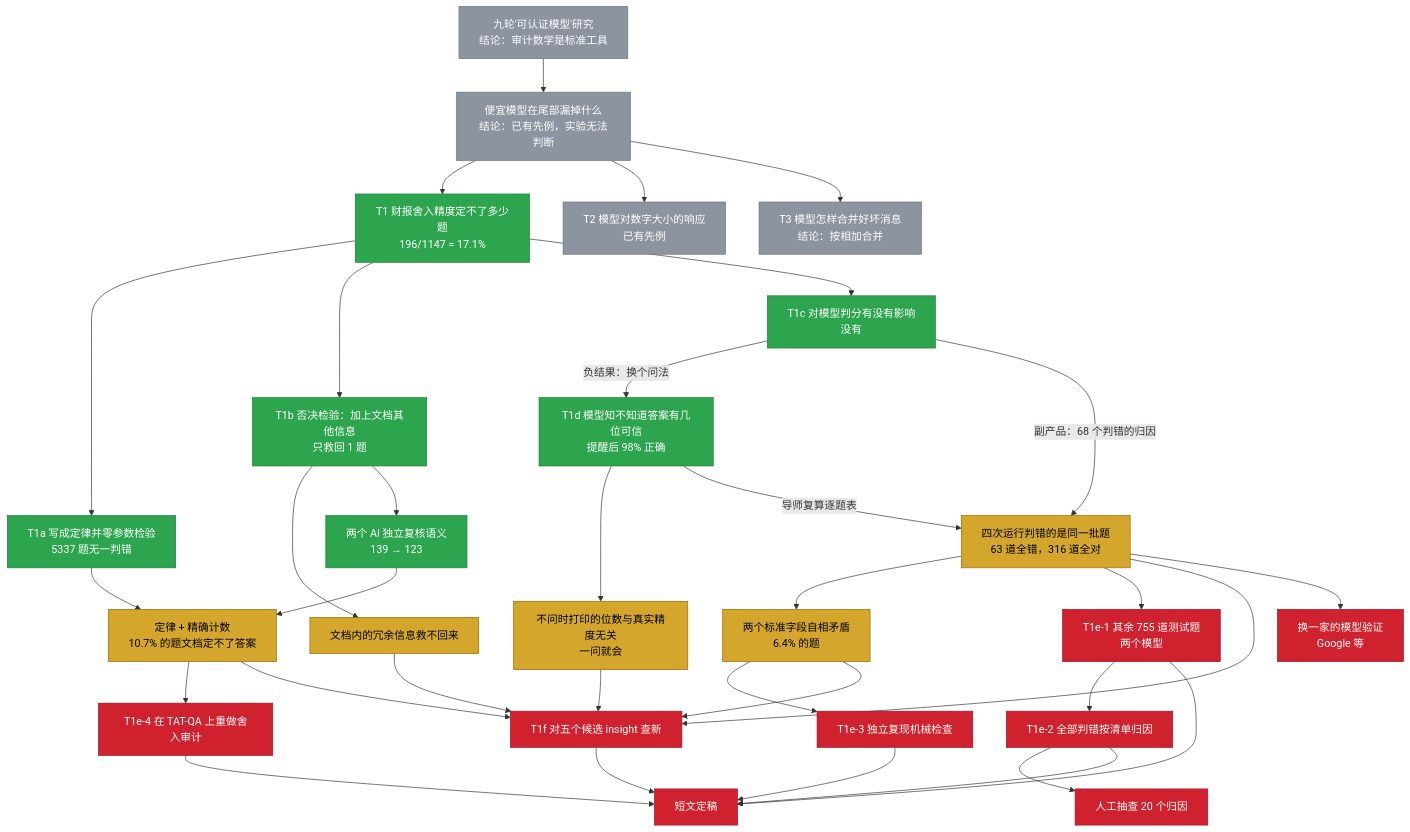
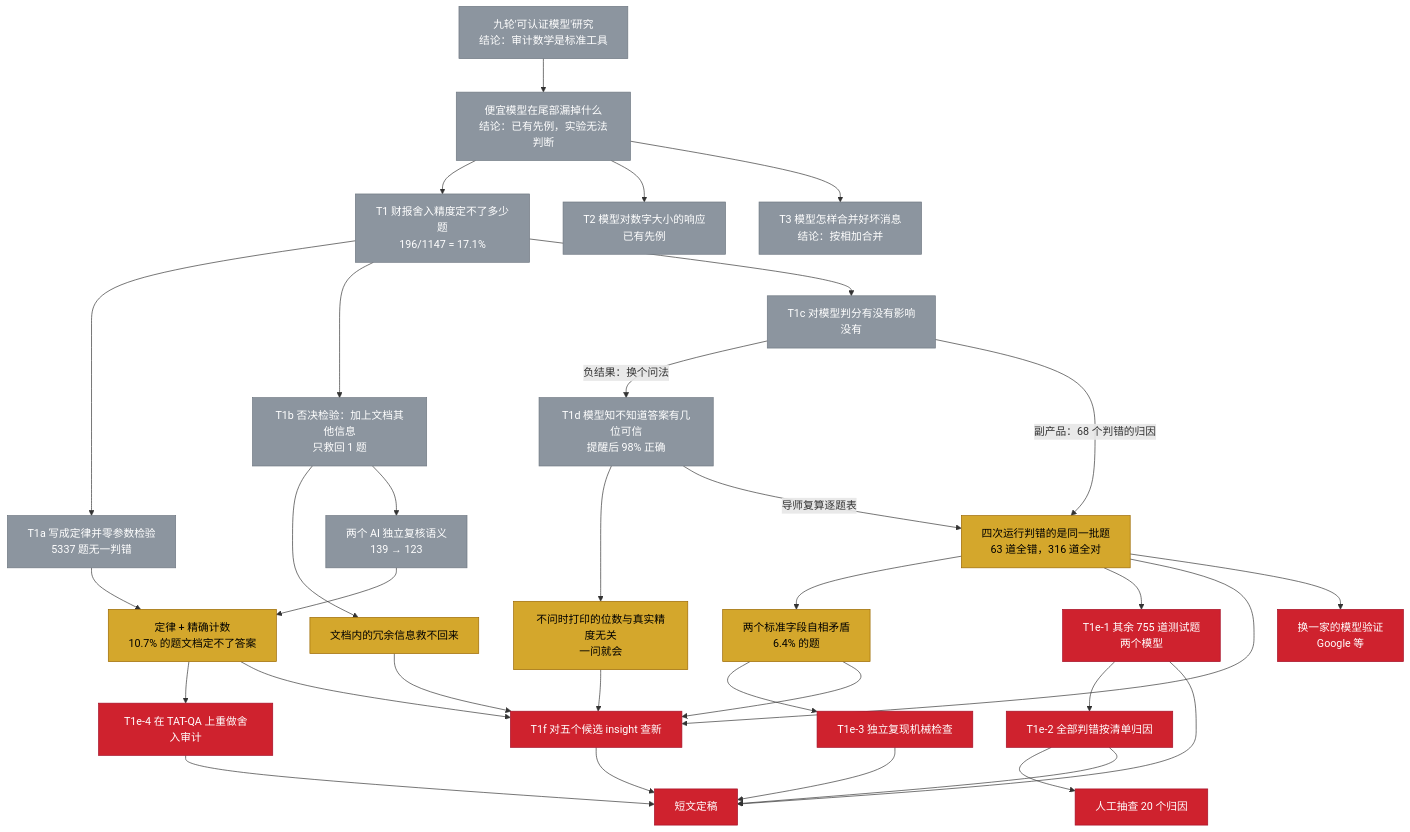
The diagram in README.md (130U/Proxy-Tail-Anatomy-of-a-Failed-Research-Line-on-LLM-Evaluation-in-Finance), drawn with Mermaid before and after one commit. The commit also changed other lines of this file and 1 other file, not shown here.

````diff
--- a/README.md
+++ b/README.md
@@ -20,53 +24,53 @@
 ```mermaid
 flowchart TD
     classDef done fill:#2da44e,color:#fff,stroke:#1a7f37
     classDef todo fill:#cf222e,color:#fff,stroke:#a40e26
     classDef gold fill:#d4a72c,color:#000,stroke:#9a6700
     classDef closed fill:#8c959f,color:#fff,stroke:#6e7781
 
     H0["九轮'可认证模型'研究<br/>结论：审计数学是标准工具"]:::closed
     H1["便宜模型在尾部漏掉什么<br/>结论：已有先例，实验无法判断"]:::closed
     T2["T2 模型对数字大小的响应<br/>已有先例"]:::closed
     T3["T3 模型怎样合并好坏消息<br/>结论：按相加合并"]:::closed
 
-    T1["T1 财报舍入精度定不了多少题<br/>196/1147 = 17.1%"]:::done
-    T1a["T1a 写成定律并零参数检验<br/>5337 题无一判错"]:::done
-    T1b["T1b 否决检验：加上文档其他信息<br/>只救回 1 题"]:::done
-    T1c["T1c 对模型判分有没有影响<br/>没有"]:::done
-    T1d["T1d 模型知不知道答案有几位可信<br/>提醒后 98% 正确"]:::done
-    REV["两个 AI 独立复核语义<br/>139 → 123"]:::done
+    T1["T1 财报舍入精度定不了多少题<br/>196/1147 = 17.1%"]:::closed
+    T1a["T1a 写成定律并零参数检验<br/>5337 题无一判错"]:::closed
+    T1b["T1b 否决检验：加上文档其他信息<br/>只救回 1 题"]:::closed
+    T1c["T1c 对模型判分有没有影响<br/>没有"]:::closed
+    T1d["T1d 模型知不知道答案有几位可信<br/>提醒后 98% 正确"]:::closed
+    REV["两个 AI 独立复核语义<br/>139 → 123"]:::closed
 
     G1["定律 + 精确计数<br/>10.7% 的题文档定不了答案"]:::gold
     G2["文档内的冗余信息救不回来"]:::gold
     G3["不问时打印的位数与真实精度无关<br/>一问就会"]:::gold
     G4["四次运行判错的是同一批题<br/>63 道全错，316 道全对"]:::gold
     G5["两个标准字段自相矛盾<br/>6.4% 的题"]:::gold
 
     T1e1["T1e-1 其余 755 道测试题<br/>两个模型"]:::todo
     T1e2["T1e-2 全部判错按清单归因"]:::todo
     T1e3["T1e-3 独立复现机械检查"]:::todo
     T1e4["T1e-4 在 TAT-QA 上重做舍入审计"]:::todo
     T1f["T1f 对五个候选 insight 查新"]:::todo
     X1["换一家的模型验证<br/>Google 等"]:::todo
     X2["人工抽查 20 个归因"]:::todo
     P["短文定稿"]:::todo
 
     H0 --> H1 --> T1
     H1 --> T2
     H1 --> T3
     T1 --> T1a --> G1
     T1 --> T1b --> G2
     T1 --> T1c
     T1b --> REV --> G1
     T1c -->|"负结果：换个问法"| T1d --> G3
     T1c -->|"副产品：68 个判错的归因"| G4
     T1d -->|"导师复算逐题表"| G4
     G4 --> G5
     G4 --> T1e1 --> T1e2
     G5 --> T1e3
     G1 --> T1e4
     G1 & G2 & G3 & G4 & G5 --> T1f
     G4 --> X1
     T1e2 --> X2
     T1e1 & T1e2 & T1e3 & T1e4 & T1f --> P
 ```
````
